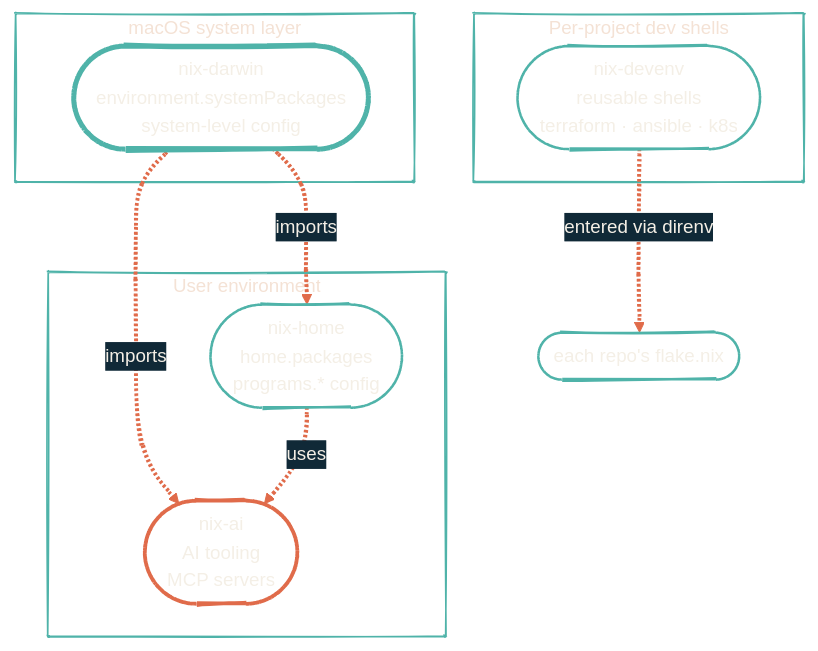
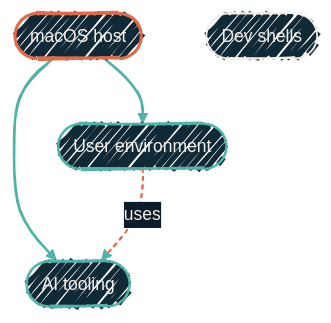
Before and after one commit to dryvist/docs: the diagram in nix/overview.mdx, drawn with Mermaid. The commit also changed other lines of this file and 45 other files, not shown here.

````diff
--- a/nix/overview.mdx
+++ b/nix/overview.mdx
@@ -13,29 +16,23 @@
 ```mermaid
-%%{init: {'theme':'base','look':'handDrawn','themeVariables':{'primaryColor':'#4FB3A9','primaryTextColor':'#F4EFE6','primaryBorderColor':'#2F7E78','lineColor':'#E06B4A','secondaryColor':'#102937','tertiaryColor':'#0B1D2A','clusterBkg':'transparent','clusterBorder':'#4FB3A9','fontFamily':'Geist','fontSize':'15px'}}}%%
+%%{init: {'theme':'base','look':'handDrawn','themeVariables':{'fontFamily':'Geist','fontSize':'14px','primaryColor':'#102937','primaryTextColor':'#F4EFE6','primaryBorderColor':'#4FB3A9','lineColor':'#4FB3A9','secondaryColor':'#0B1D2A','tertiaryColor':'#1A2A38','clusterBkg':'rgba(79,179,169,0.08)','clusterBorder':'#4FB3A9'}}}%%
 flowchart TB
-  subgraph System["macOS system layer"]
-    ND(["nix-darwin<br/>environment.systemPackages<br/>system-level config"])
-  end
+  ND([macOS host])
+  NH([User environment])
+  NA([AI tooling])
+  NDV([Dev shells])
 
-  subgraph User["User environment"]
-    NH(["nix-home<br/>home.packages<br/>programs.* config"])
-    NA(["nix-ai<br/>AI tooling<br/>MCP servers"])
-  end
+  ND --> NH
+  ND --> NA
+  NH -.uses.-> NA
 
-  subgraph Per_Project["Per-project dev shells"]
-    NDV(["nix-devenv<br/>reusable shells<br/>terraform · ansible · k8s"])
-  end
+  classDef sys  fill:#102937,stroke:#E06B4A,stroke-width:2.5px,color:#F4EFE6;
+  classDef usr  fill:#102937,stroke:#4FB3A9,stroke-width:2px,color:#F4EFE6;
+  classDef proj fill:#102937,stroke:#F4EFE6,stroke-width:1.5px,color:#F4EFE6;
 
-  ND -.imports.-> NH
-  ND -.imports.-> NA
-  NH -.uses.-> NA
-  NDV -.entered via direnv.-> Each(["each repo's flake.nix"])
+  class ND sys
+  class NH,NA usr
+  class NDV proj
 
-  style ND fill:transparent,stroke:#4FB3A9,stroke-width:4px,color:#F4EFE6
-  style NH fill:transparent,stroke:#4FB3A9,stroke-width:2px,color:#F4EFE6
-  style NA fill:transparent,stroke:#E06B4A,stroke-width:3px,color:#F4EFE6
-  style NDV fill:transparent,stroke:#4FB3A9,stroke-width:2px,color:#F4EFE6
-  style Each fill:transparent,stroke:#4FB3A9,stroke-width:2px,color:#F4EFE6
-
-  linkStyle default stroke:#E06B4A,stroke-width:3px
+  linkStyle 0,1 stroke:#4FB3A9,stroke-width:2px;
+  linkStyle 2 stroke:#E06B4A,stroke-width:1.5px,stroke-dasharray:4 3;
 ```
````
